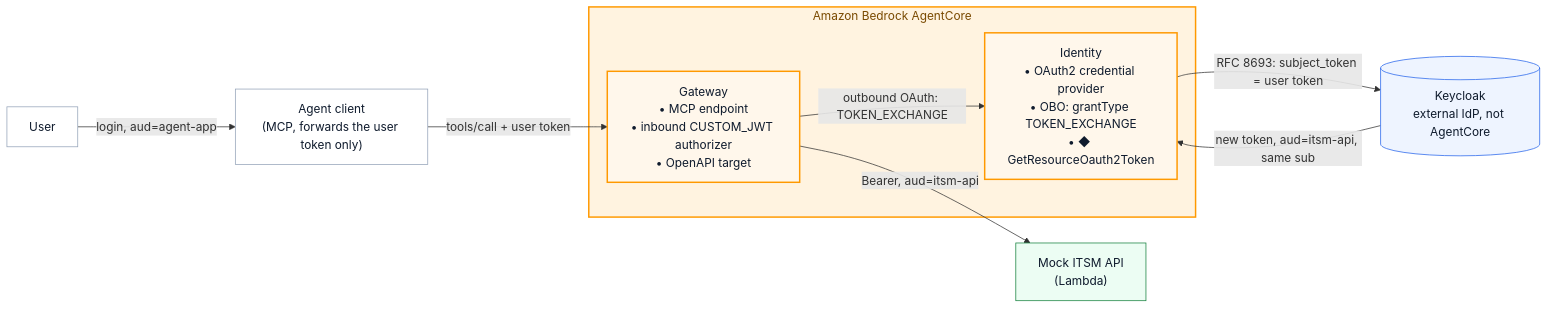
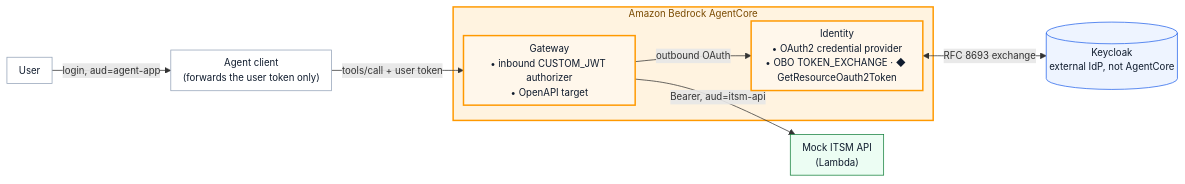
One commit to zanbei/agentcore-delegated-auth-poc changed the first of 2 diagrams in README.md. Above: the diagram before and after it, drawn with Mermaid. The commit also changed other lines of this file and 5 other files, not shown here.

Commit message:
Make architecture diagrams compact

````diff
--- a/README.md
+++ b/README.md
@@ -20,22 +20,23 @@
 ```mermaid
+%%{init: {"flowchart": {"nodeSpacing": 18, "rankSpacing": 28, "padding": 8}, "themeVariables": {"fontSize": "13px"}}}%%
 flowchart LR
-    U[User] -->|"login, aud=agent-app"| C["Agent client<br/>(MCP, forwards the user token only)"]
+    U["User"] -->|"login, aud=agent-app"| C["Agent client<br/>(forwards the user token only)"]
     C -->|"tools/call + user token"| G
     subgraph AC["Amazon Bedrock AgentCore"]
-        G["Gateway<br/>• MCP endpoint<br/>• inbound CUSTOM_JWT authorizer<br/>• OpenAPI target"]
-        I["Identity<br/>• OAuth2 credential provider<br/>• OBO: grantType TOKEN_EXCHANGE<br/>• ◆ GetResourceOauth2Token"]
-        G -->|"outbound OAuth: TOKEN_EXCHANGE"| I
+        G["Gateway<br/>• inbound CUSTOM_JWT authorizer<br/>• OpenAPI target"]
+        I["Identity<br/>• OAuth2 credential provider<br/>• OBO TOKEN_EXCHANGE · ◆ GetResourceOauth2Token"]
+        G -->|"outbound OAuth"| I
     end
-    I -->|"RFC 8693: subject_token = user token"| K[("Keycloak<br/>external IdP, not AgentCore")]
-    K -->|"new token, aud=itsm-api, same sub"| I
+    I <-->|"RFC 8693 exchange"| K[("Keycloak<br/>external IdP, not AgentCore")]
     G -->|"Bearer, aud=itsm-api"| D["Mock ITSM API<br/>(Lambda)"]
     classDef agentcore fill:#fff7eb,stroke:#ff9900,stroke-width:2px,color:#0f1b2d
     classDef idp fill:#eef4ff,stroke:#2563eb,color:#0f1b2d
     classDef app fill:#ffffff,stroke:#94a3b8,color:#0f1b2d
     classDef down fill:#ecfdf3,stroke:#15803d,color:#0f1b2d
+    classDef risk fill:#fff1f0,stroke:#b42318,stroke-dasharray:5 4,color:#0f1b2d
+    style AC fill:#fff3e0,stroke:#ff9900,stroke-width:2px,color:#7a4a00
     class G,I agentcore
     class K idp
     class U,C app
     class D down
-    style AC fill:#fff3e0,stroke:#ff9900,stroke-width:2px,color:#7a4a00
 ```
````
